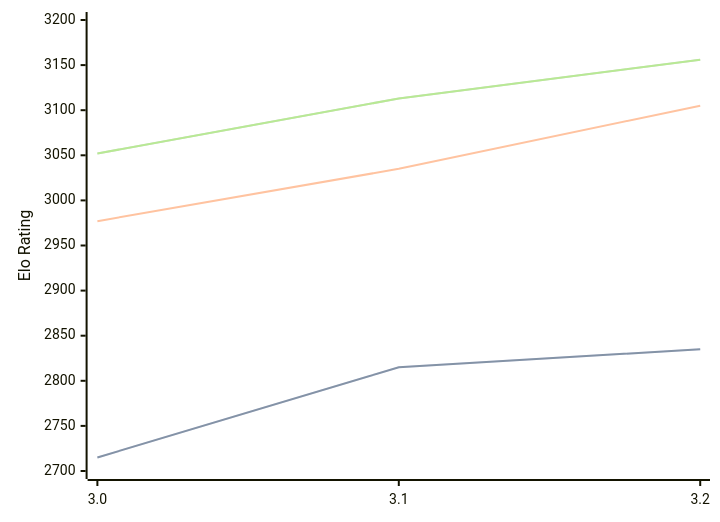
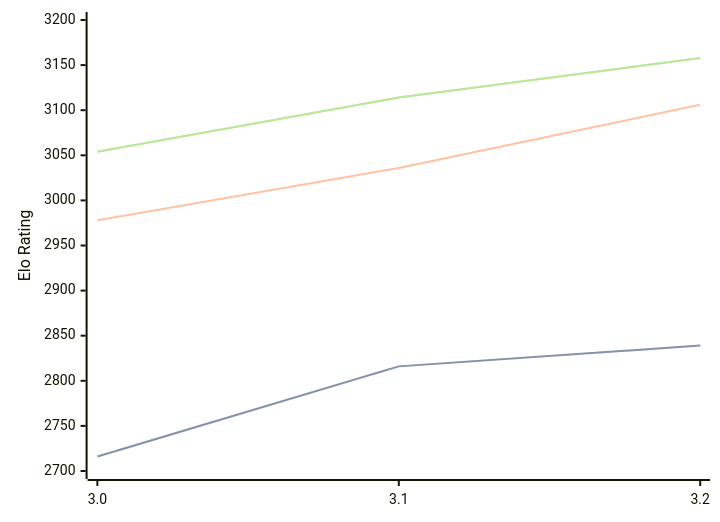
The diagram in engines/Vajolet2.md (computer-chess-index/cci), drawn with Mermaid before and after one commit. The commit also changed other lines of this file, not shown here.

Commit message:
Update CCI Ratings (ELO VLTC) - 2026-06-11

````diff
--- a/engines/Vajolet2.md
+++ b/engines/Vajolet2.md
@@ -41,11 +41,11 @@
 ```mermaid
 %%{init: {"theme":"base","themeVariables":{"seriesColors:['#a3a3a3','#222221','#faa371']}}}%%
 xychart-beta
   x-axis ["3.0", "3.1", "3.2"]
   y-axis "Elo Rating" 2700 --> 3200
-  line "STC (8.0+0.08s)" [2715, 2815, 2835]
-  line "STC (8.0+0.08s)" [2715, 2815, 2835]
-  line "LTC (60.0+0.60s)" [2977, 3035, 3105]
-  line "VLTC (2m24s+1.12s)" [3052, 3113, 3156]
-  line "VLTC (2m24s+1.12s)" [3052, 3113, 3156]
+  line "STC (8.0+0.08s)" [2716, 2816, 2839]
+  line "STC (8.0+0.08s)" [2716, 2816, 2839]
+  line "LTC (60.0+0.60s)" [2978, 3036, 3106]
+  line "VLTC (2m24s+1.12s)" [3054, 3114, 3158]
+  line "VLTC (2m24s+1.12s)" [3054, 3114, 3158]
 ```
````
